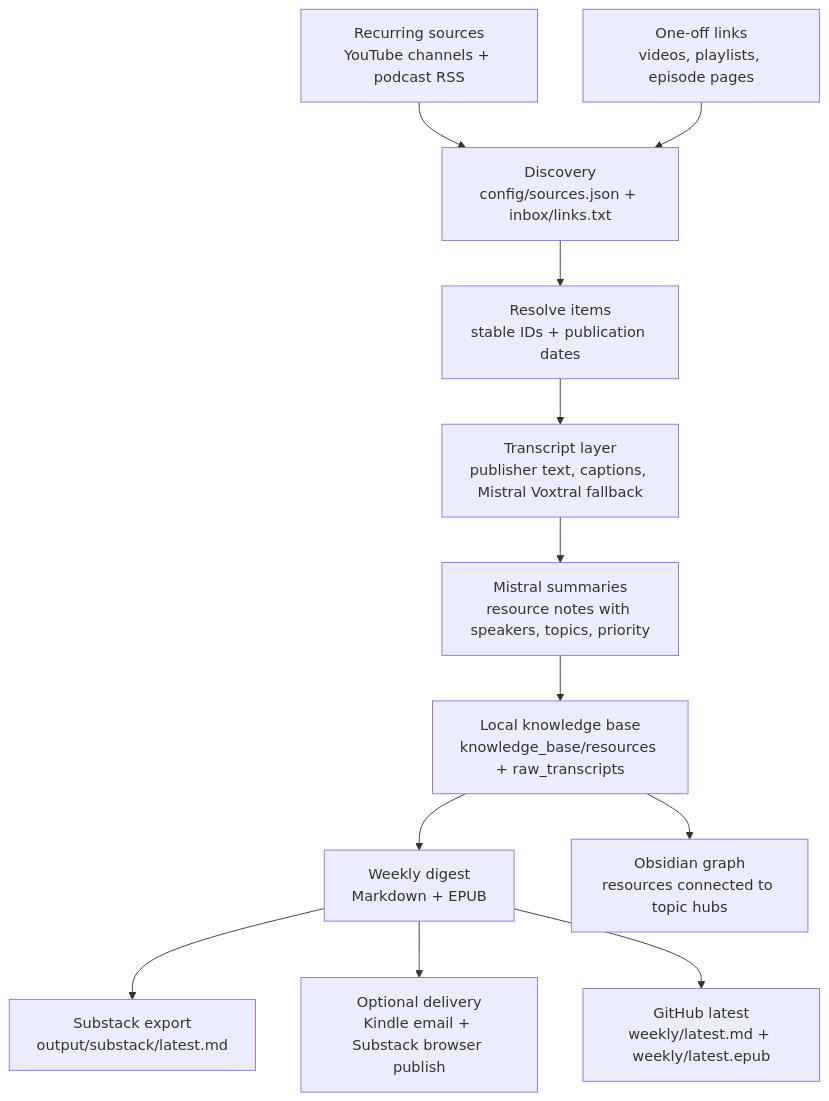
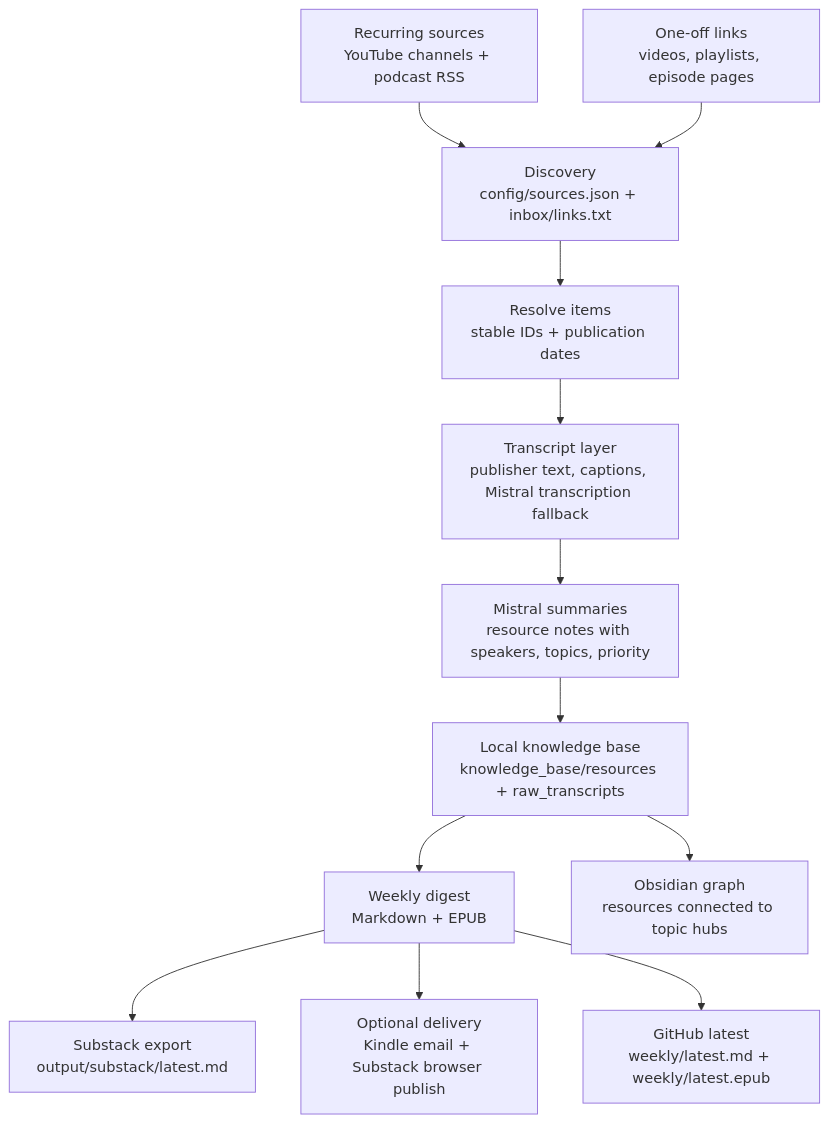
Before and after one commit to sophiamyang/ai-weekly-reads: the diagram in README.md, drawn with Mermaid. The commit also changed other lines of this file, not shown here.

Commit message:
Refine README transcription wording

````diff
--- a/README.md
+++ b/README.md
@@ -50,14 +50,14 @@
 ```mermaid
 flowchart TD
     A["Recurring sources\nYouTube channels + podcast RSS"] --> C["Discovery\nconfig/sources.json + inbox/links.txt"]
     B["One-off links\nvideos, playlists, episode pages"] --> C
     C --> D["Resolve items\nstable IDs + publication dates"]
-    D --> E["Transcript layer\npublisher text, captions, Mistral Voxtral fallback"]
+    D --> E["Transcript layer\npublisher text, captions, Mistral transcription fallback"]
     E --> F["Mistral summaries\nresource notes with speakers, topics, priority"]
     F --> G["Local knowledge base\nknowledge_base/resources + raw_transcripts"]
     G --> H["Weekly digest\nMarkdown + EPUB"]
     H --> I["Substack export\noutput/substack/latest.md"]
     H --> J["Optional delivery\nKindle email + Substack browser publish"]
     H --> K["GitHub latest\nweekly/latest.md + weekly/latest.epub"]
     G --> L["Obsidian graph\nresources connected to topic hubs"]
 ```
````
